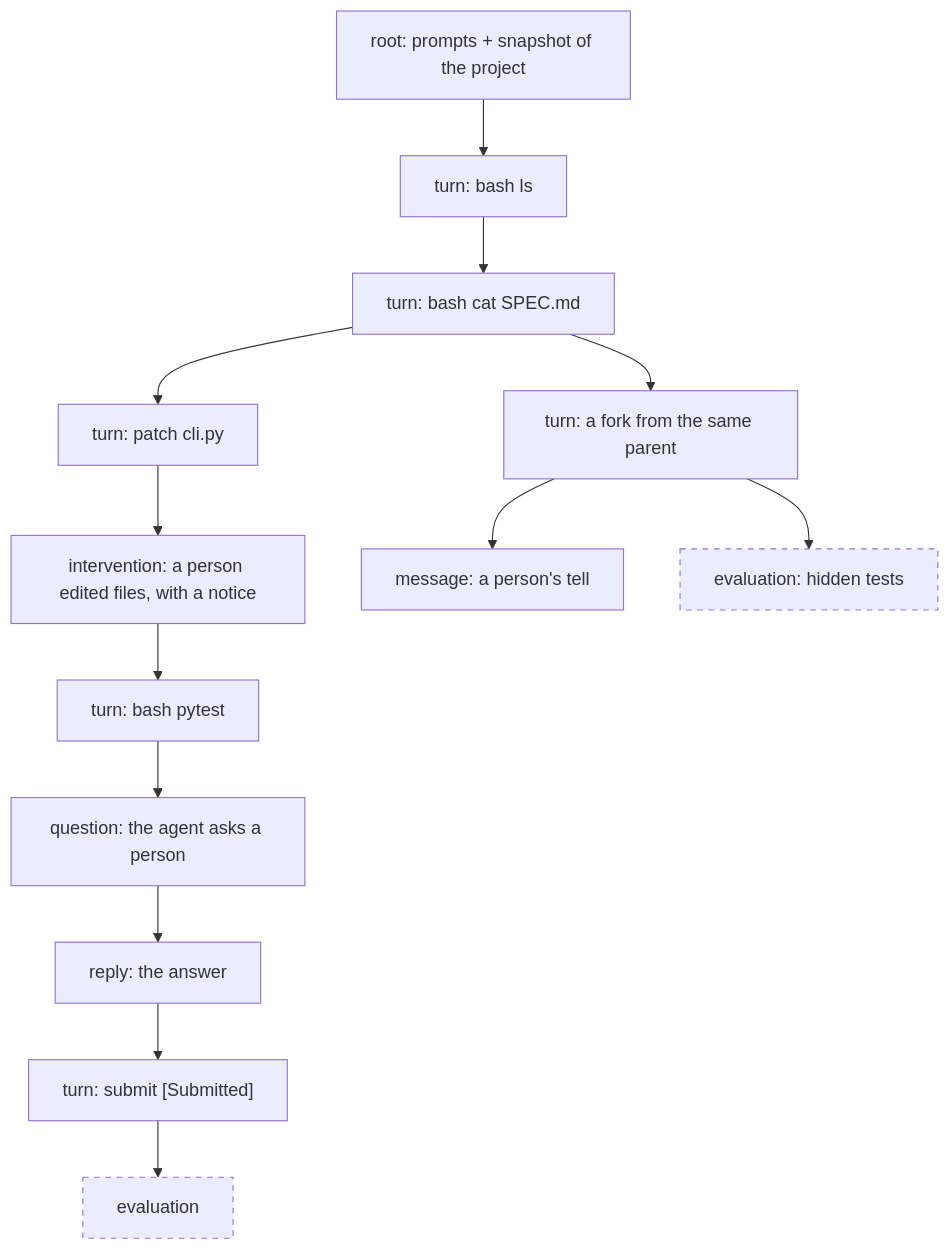
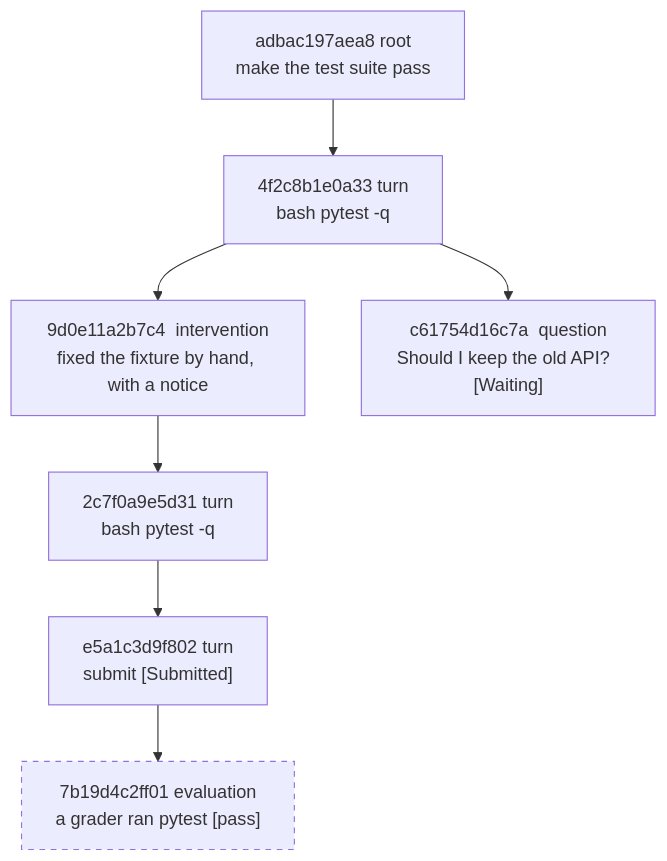
One commit to mechtaev/alaya changed the second of 10 diagrams in docs/trajectory-schema.md. Above: the diagram before and after it, drawn with Mermaid. The commit also changed other lines of this file and 7 other files, not shown here.

````diff
--- a/docs/trajectory-schema.md
+++ b/docs/trajectory-schema.md
@@ -71,27 +85,17 @@
 ```mermaid
 flowchart TD
-  root["root: prompts + snapshot of the project"]
-  turnA["turn: bash ls"]
-  turnB["turn: bash cat SPEC.md"]
-  turnC["turn: patch cli.py"]
-  turnD["turn: a fork from the same parent"]
-  intE["intervention: a person edited files, with a notice"]
-  turnF["turn: bash pytest"]
-  msgG["message: a person's tell"]
-  evalH["evaluation: hidden tests"]
-  qI["question: the agent asks a person"]
-  replyJ["reply: the answer"]
-  turnK["turn: submit [Submitted]"]
-  evalL["evaluation"]
+  root["adbac197aea8  root<br/>make the test suite pass"]
+  t1["4f2c8b1e0a33  turn<br/>bash pytest -q"]
+  c["9d0e11a2b7c4  intervention<br/>fixed the fixture by hand, with a notice"]
+  t2["2c7f0a9e5d31  turn<br/>bash pytest -q"]
+  t3["e5a1c3d9f802  turn<br/>submit  [Submitted]"]
+  ev["7b19d4c2ff01  evaluation<br/>a grader ran pytest  [pass]"]
+  q["c61754d16c7a  question<br/>Should I keep the old API?  [Waiting]"]
 
-  root --> turnA --> turnB
-  turnB --> turnC
-  turnB --> turnD
-  turnC --> intE --> turnF
-  turnD --> msgG
-  turnD --> evalH
-  turnF --> qI --> replyJ --> turnK --> evalL
+  root --> t1
+  t1 --> c --> t2 --> t3 --> ev
+  t1 --> q
 
   classDef evalStyle stroke-dasharray: 5 5
-  class evalH,evalL evalStyle
+  class ev evalStyle
 ```
````
